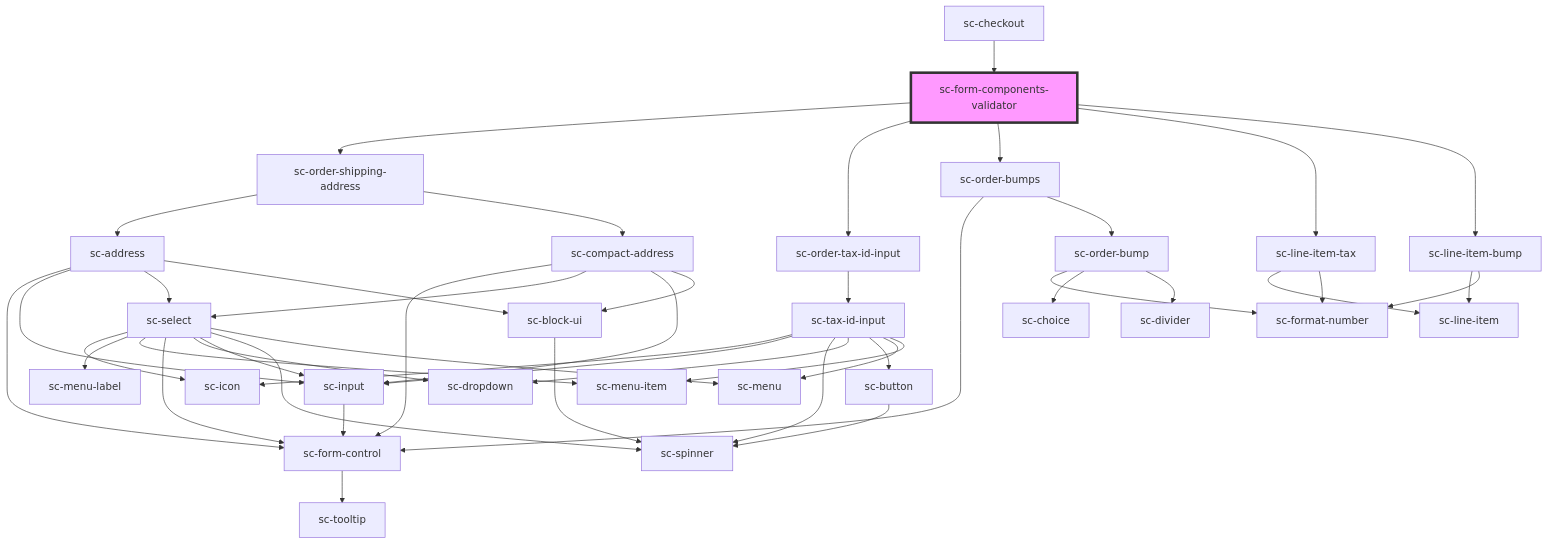
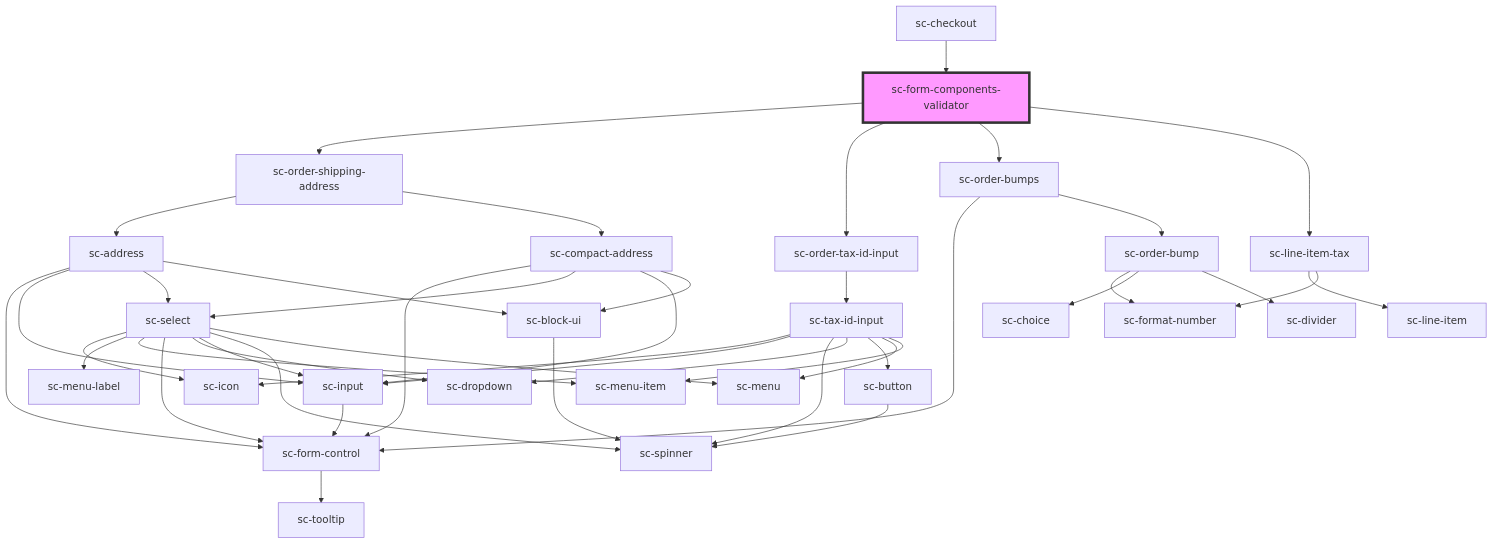
Before and after one commit to surecart/surecart-wp-plugin: the diagram in packages/components/src/components/providers/form-components-validator/readme.md, drawn with Mermaid. The commit also changed other lines of this file and 22 other files, not shown here.

````diff
--- a/packages/components/src/components/providers/form-components-validator/readme.md
+++ b/packages/components/src/components/providers/form-components-validator/readme.md
@@ -32,49 +31,46 @@
 ```mermaid
 graph TD;
   sc-form-components-validator --> sc-order-shipping-address
   sc-form-components-validator --> sc-order-tax-id-input
   sc-form-components-validator --> sc-order-bumps
   sc-form-components-validator --> sc-line-item-tax
-  sc-form-components-validator --> sc-line-item-bump
   sc-order-shipping-address --> sc-address
   sc-order-shipping-address --> sc-compact-address
   sc-address --> sc-form-control
   sc-address --> sc-input
   sc-address --> sc-select
   sc-address --> sc-block-ui
   sc-form-control --> sc-tooltip
   sc-input --> sc-form-control
   sc-select --> sc-icon
   sc-select --> sc-menu-label
   sc-select --> sc-menu-item
   sc-select --> sc-form-control
   sc-select --> sc-dropdown
   sc-select --> sc-input
   sc-select --> sc-spinner
   sc-select --> sc-menu
   sc-block-ui --> sc-spinner
   sc-compact-address --> sc-form-control
   sc-compact-address --> sc-select
   sc-compact-address --> sc-input
   sc-compact-address --> sc-block-ui
   sc-order-tax-id-input --> sc-tax-id-input
   sc-tax-id-input --> sc-icon
   sc-tax-id-input --> sc-input
   sc-tax-id-input --> sc-spinner
   sc-tax-id-input --> sc-dropdown
   sc-tax-id-input --> sc-button
   sc-tax-id-input --> sc-menu
   sc-tax-id-input --> sc-menu-item
   sc-button --> sc-spinner
   sc-order-bumps --> sc-form-control
   sc-order-bumps --> sc-order-bump
   sc-order-bump --> sc-format-number
   sc-order-bump --> sc-choice
   sc-order-bump --> sc-divider
   sc-line-item-tax --> sc-line-item
   sc-line-item-tax --> sc-format-number
-  sc-line-item-bump --> sc-line-item
-  sc-line-item-bump --> sc-format-number
   sc-checkout --> sc-form-components-validator
   style sc-form-components-validator fill:#f9f,stroke:#333,stroke-width:4px
 ```
````
